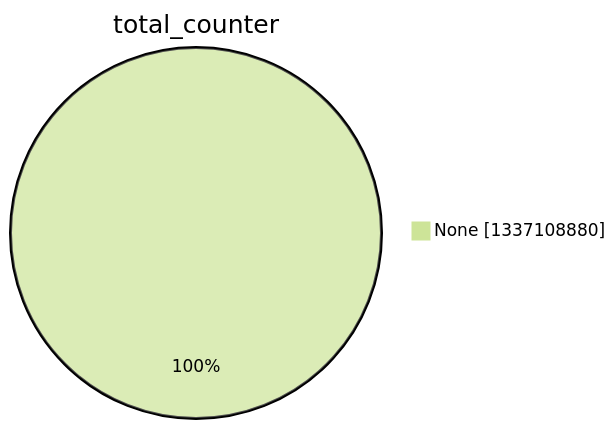
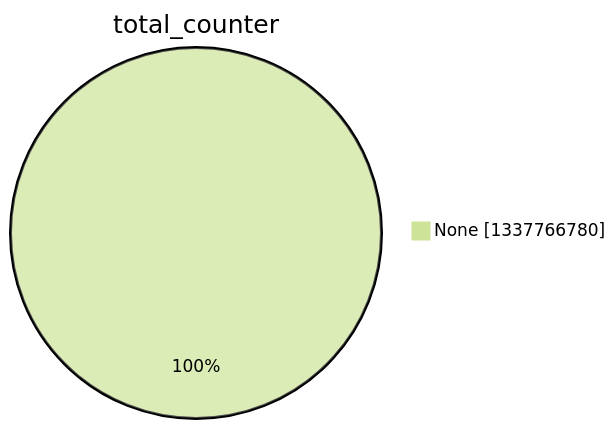
One commit to christiankrug/ctmonitor_visualization changed the second of 15 diagrams in argon2022/README.md. Above: the diagram before and after it, drawn with Mermaid (forest theme). The commit also changed other lines of this file, not shown here.

````diff
--- a/argon2022/README.md
+++ b/argon2022/README.md
@@ -9,5 +9,5 @@
 ```mermaid
 pie showData
 title total_counter
-"None" :1337108880
+"None" :1337766780
 ```
````
